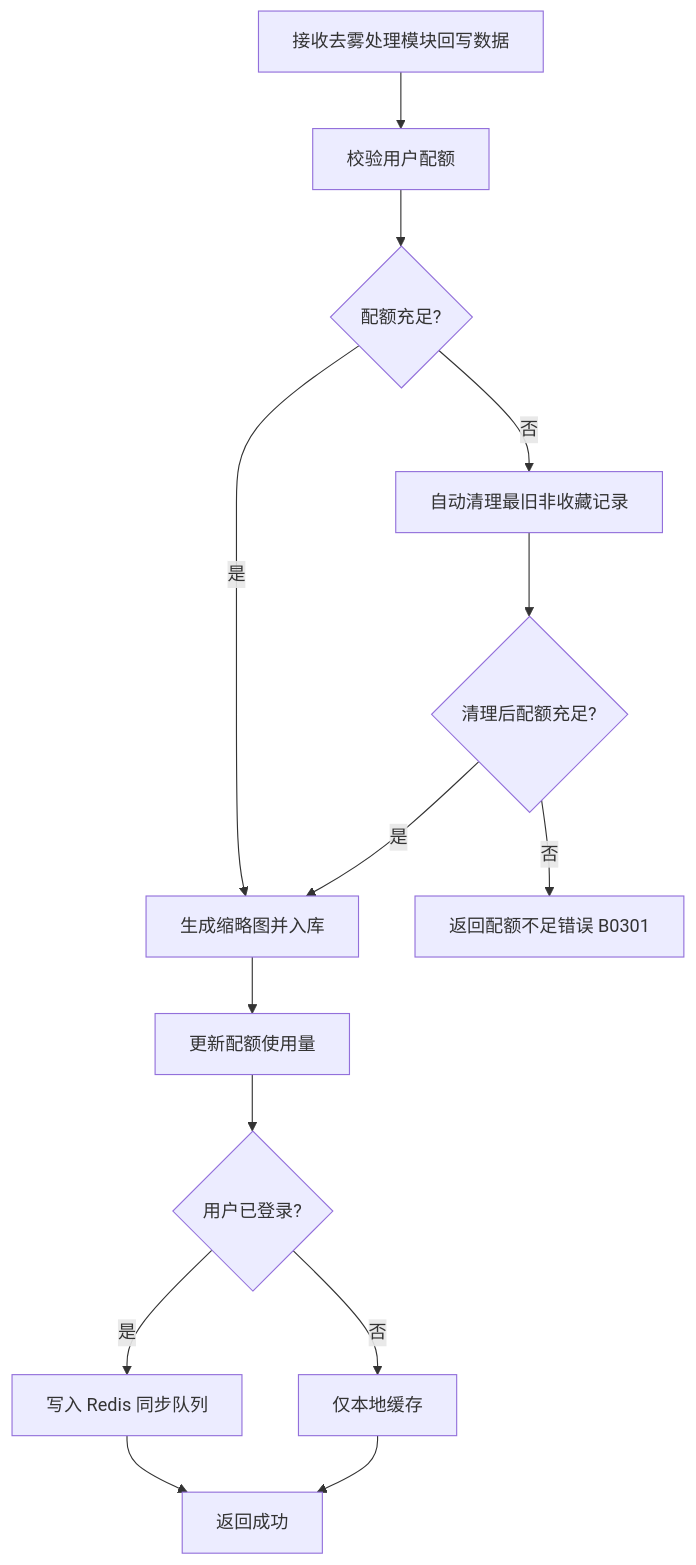
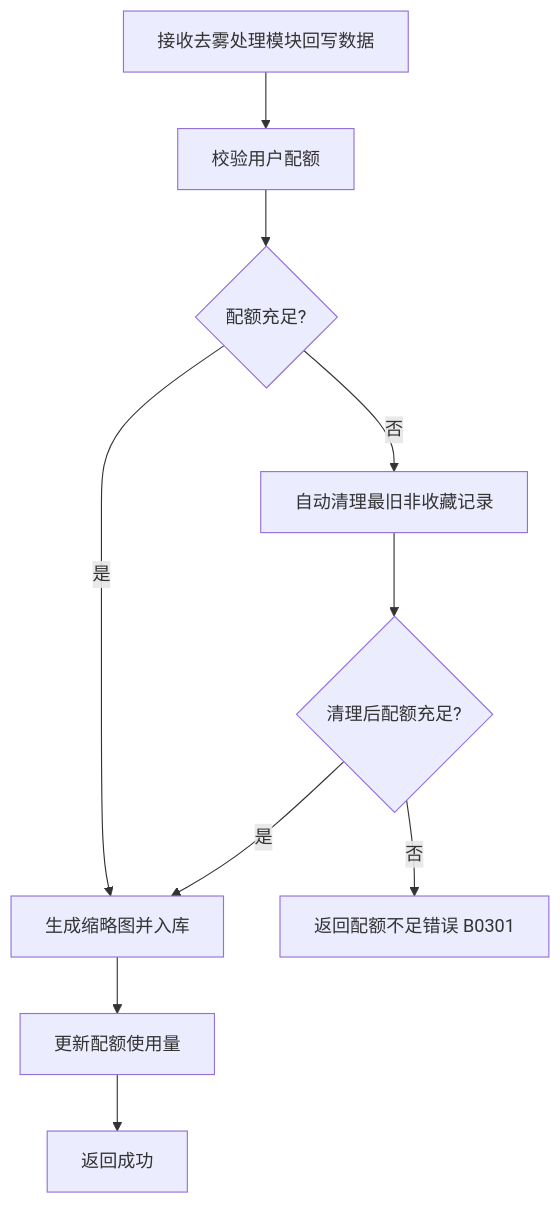
The second of 3 diagrams in dehaze-doc/docs/03-模块设计/核心模块/图像输入/后端实现.md (earthy-zinc/dehaze-system), drawn with Mermaid before and after one commit. The commit also changed other lines of this file and 169 other files, not shown here.

````diff
--- a/dehaze-doc/docs/03-模块设计/核心模块/图像输入/后端实现.md
+++ b/dehaze-doc/docs/03-模块设计/核心模块/图像输入/后端实现.md
@@ -93,16 +91,12 @@
 ```mermaid
 graph TD
     A[接收去雾处理模块回写数据] --> B[校验用户配额]
     B --> C{配额充足?}
     C -->|是| E[生成缩略图并入库]
     C -->|否| D[自动清理最旧非收藏记录]
     D --> D1{清理后配额充足?}
     D1 -->|是| E
     D1 -->|否| F[返回配额不足错误 B0301]
     E --> G[更新配额使用量]
-    G --> H{用户已登录?}
-    H -->|是| I[写入 Redis 同步队列]
-    H -->|否| J[仅本地缓存]
-    I --> K[返回成功]
-    J --> K
+    G --> K[返回成功]
 ```
````
